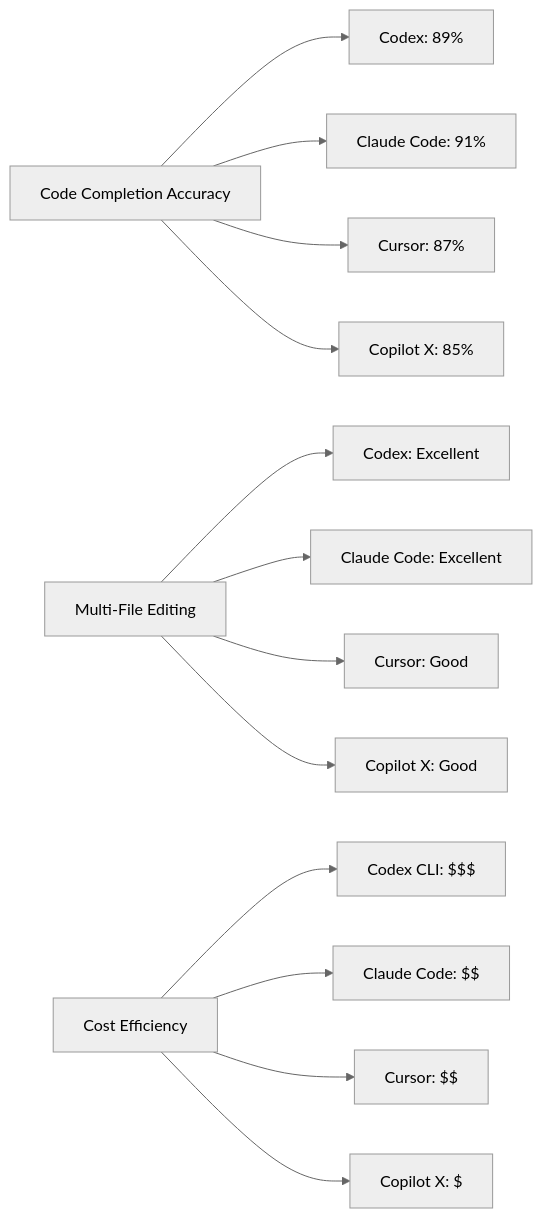
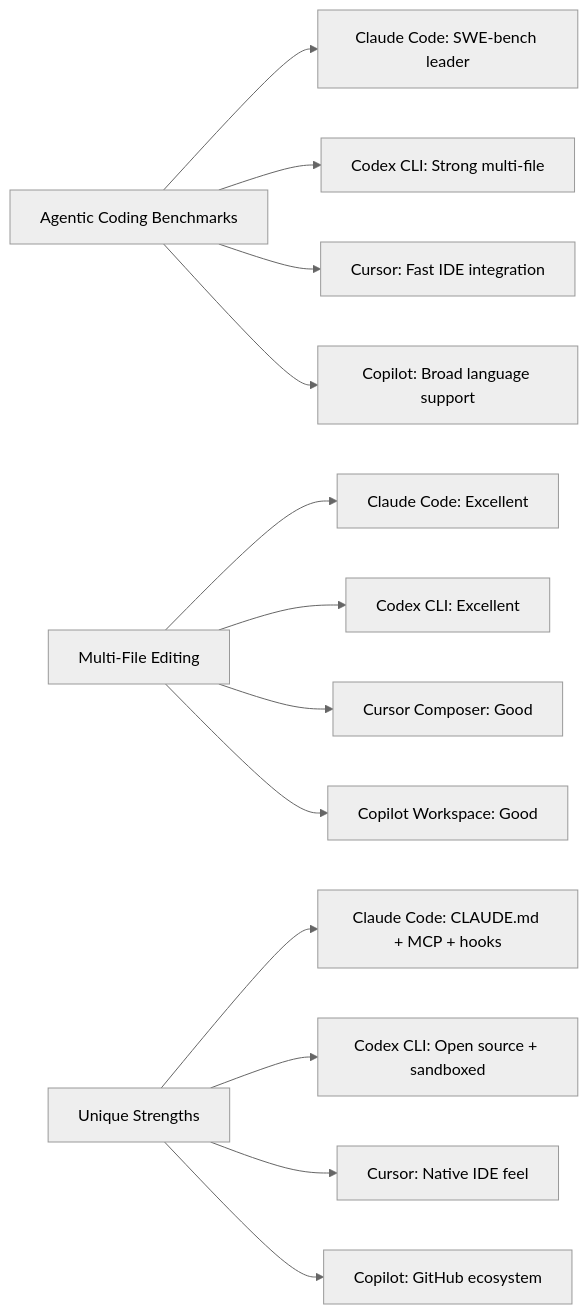
The second of 2 diagrams in public/data/workshops/workshop-06-codex/README.md (DreamLab-AI/dreamlab-ai-website), drawn with Mermaid (neutral theme) before and after one commit. The commit also changed other lines of this file and 111 other files, not shown here.

First line of the commit message:
feat(workshops): comprehensive 2026 update + Docker & Claude Code deep dives

````diff
--- a/public/data/workshops/workshop-06-codex/README.md
+++ b/public/data/workshops/workshop-06-codex/README.md
@@ -98,17 +94,17 @@
 ```mermaid
 graph LR
-    A[Code Completion Accuracy] --> B[Codex: 89%]
-    A --> C[Claude Code: 91%]
-    A --> D[Cursor: 87%]
-    A --> E[Copilot X: 85%]
+    A[Agentic Coding Benchmarks] --> B[Claude Code: SWE-bench leader]
+    A --> C[Codex CLI: Strong multi-file]
+    A --> D[Cursor: Fast IDE integration]
+    A --> E[Copilot: Broad language support]
 
-    F[Multi-File Editing] --> G[Codex: Excellent]
-    F --> H[Claude Code: Excellent]
-    F --> I[Cursor: Good]
-    F --> J[Copilot X: Good]
+    F[Multi-File Editing] --> G[Claude Code: Excellent]
+    F --> H[Codex CLI: Excellent]
+    F --> I[Cursor Composer: Good]
+    F --> J[Copilot Workspace: Good]
 
-    K[Cost Efficiency] --> L[Codex CLI: $$$]
-    K --> M[Claude Code: $$]
-    K --> N[Cursor: $$]
-    K --> O[Copilot X: $]
+    K[Unique Strengths] --> L[Claude Code: CLAUDE.md + MCP + hooks]
+    K --> M[Codex CLI: Open source + sandboxed]
+    K --> N[Cursor: Native IDE feel]
+    K --> O[Copilot: GitHub ecosystem]
 ```
````
